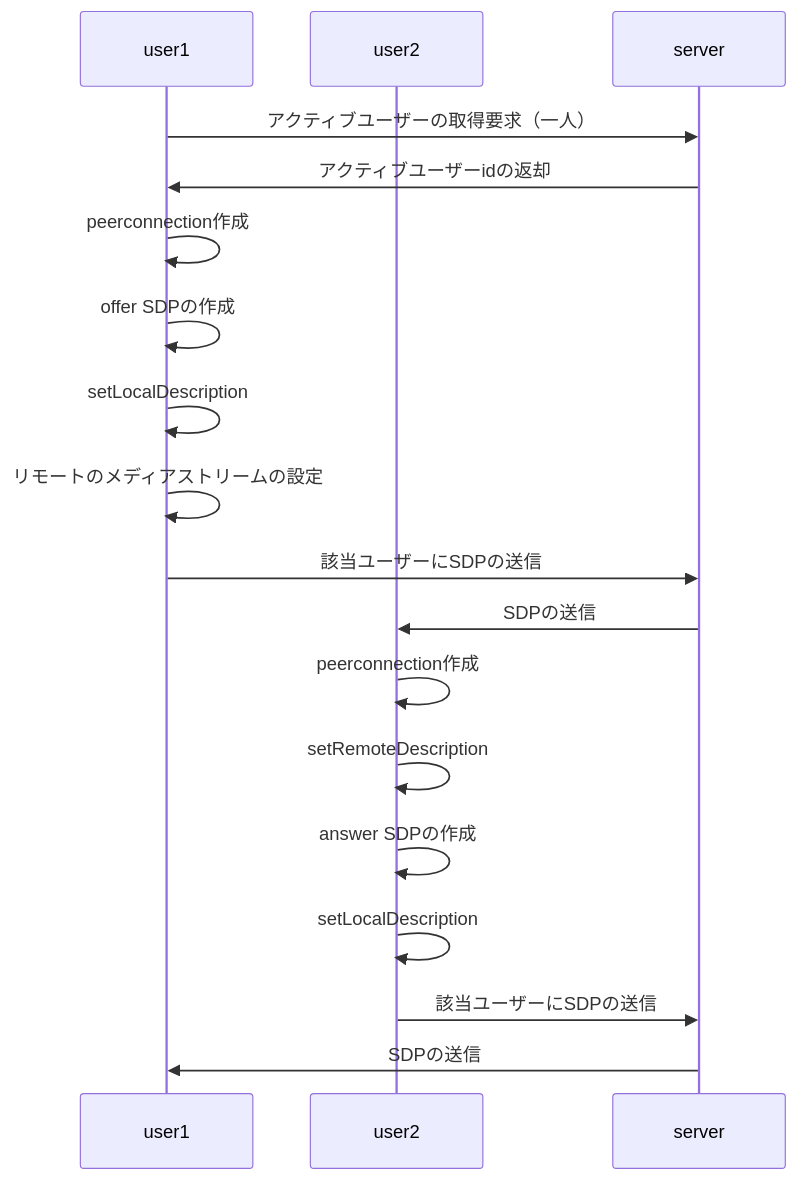
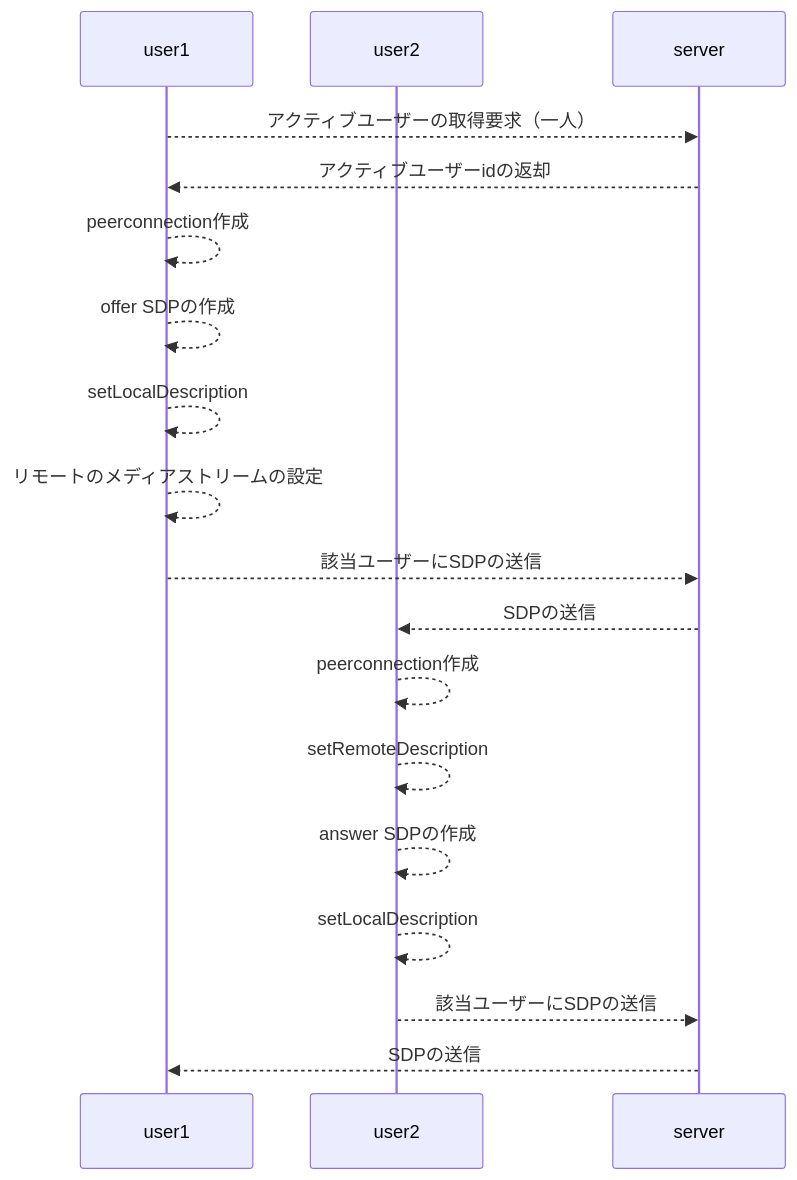
The first of 2 diagrams in README.md (toshikinagahama/hamaOffice), drawn with Mermaid before and after one commit. The commit also changed other lines of this file and 5 other files, not shown here.

````diff
--- a/README.md
+++ b/README.md
@@ -17,23 +23,20 @@
 ```mermaid
 sequenceDiagram
    participant user1 as user1
    participant user2 as user2
    participant server as server
-   user1 ->> server: アクティブユーザーの取得要求（一人）
-   server ->> user1:  アクティブユーザーidの返却
-   user1 ->> user1: peerconnection作成
-   user1 ->> user1: offer SDPの作成
-   user1 ->> user1: setLocalDescription
-   user1 ->> user1: リモートのメディアストリームの設定
-   user1 ->> server: 該当ユーザーにSDPの送信
-   server ->> user2: SDPの送信
-   user2 ->> user2: peerconnection作成
-   user2 ->> user2: setRemoteDescription
-   user2 ->> user2: answer SDPの作成
-   user2 ->> user2: setLocalDescription
-   user2 ->> server: 該当ユーザーにSDPの送信
-   server ->> user1: SDPの送信
-   
-   
-
+   user1 -->> server: アクティブユーザーの取得要求（一人）
+   server -->> user1:  アクティブユーザーidの返却
+   user1 -->> user1: peerconnection作成
+   user1 -->> user1: offer SDPの作成
+   user1 -->> user1: setLocalDescription
+   user1 -->> user1: リモートのメディアストリームの設定
+   user1 -->> server: 該当ユーザーにSDPの送信
+   server -->> user2: SDPの送信
+   user2 -->> user2: peerconnection作成
+   user2 -->> user2: setRemoteDescription
+   user2 -->> user2: answer SDPの作成
+   user2 -->> user2: setLocalDescription
+   user2 -->> server: 該当ユーザーにSDPの送信
+   server -->> user1: SDPの送信
 ```
````
